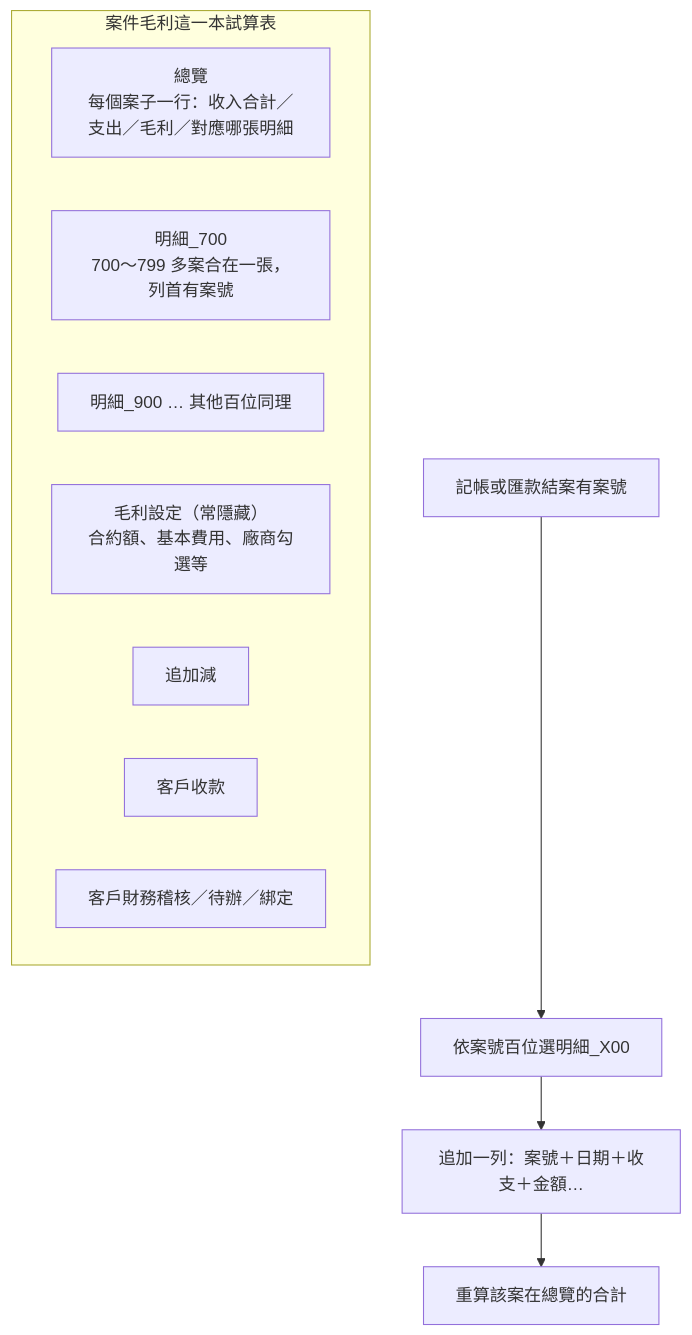
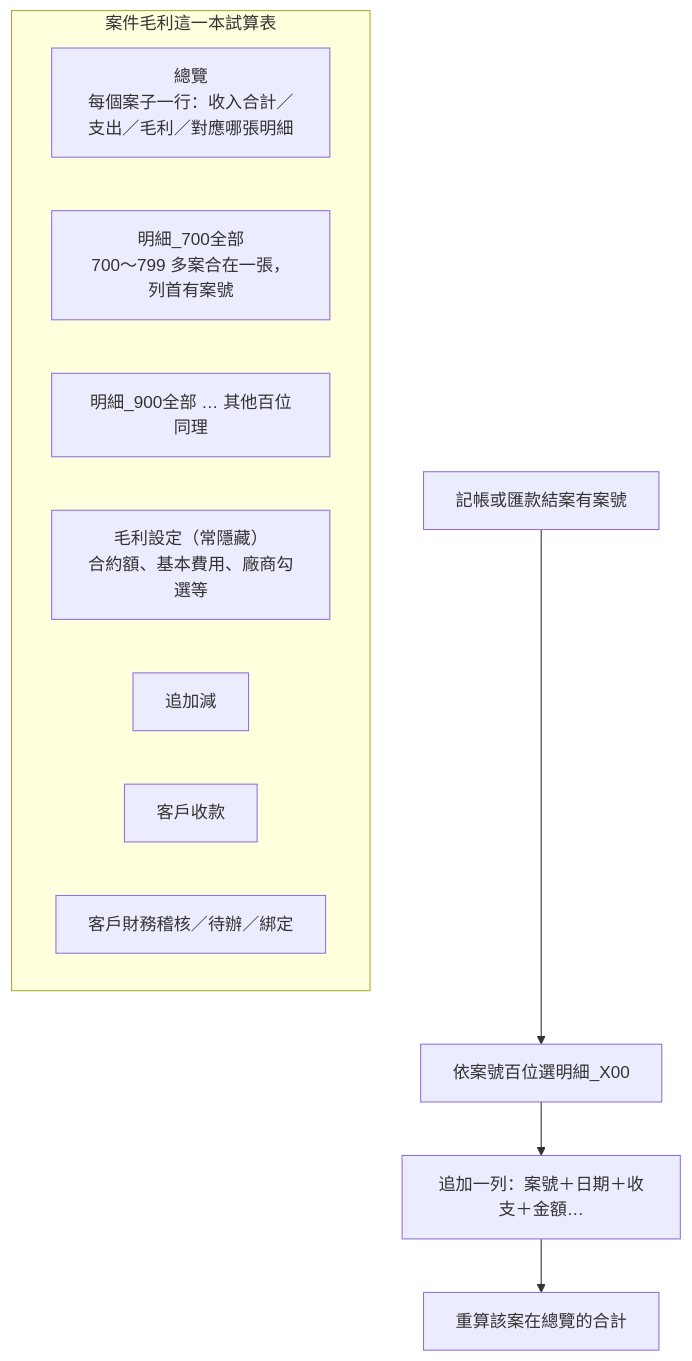
One commit to nephi4377/liff-checkin changed the seventh of 8 diagrams in SPEC/會計系統架構圖.md. Above: the diagram before and after it, drawn with Mermaid. The commit also changed other lines of this file and 7 other files, not shown here.

````diff
--- a/SPEC/會計系統架構圖.md
+++ b/SPEC/會計系統架構圖.md
@@ -218,16 +218,16 @@
 ```mermaid
 flowchart TB
   subgraph MarginBook["案件毛利這一本試算表"]
     OV["總覽<br/>每個案子一行：收入合計／支出／毛利／對應哪張明細"]
-    D7["明細_700<br/>700～799 多案合在一張，列首有案號"]
-    D9["明細_900 … 其他百位同理"]
+    D7["明細_700全部<br/>700～799 多案合在一張，列首有案號"]
+    D9["明細_900全部 … 其他百位同理"]
     Meta["毛利設定（常隱藏）<br/>合約額、基本費用、廠商勾選等"]
     CF1["追加減"]
     CF2["客戶收款"]
     CF3["客戶財務稽核／待辦／綁定"]
   end
 
   Ingest["記帳或匯款結案有案號"] --> Pick["依案號百位選明細_X00"]
   Pick --> Row["追加一列：案號＋日期＋收支＋金額…"]
   Row --> Recalc["重算該案在總覽的合計"]
 ```
````
